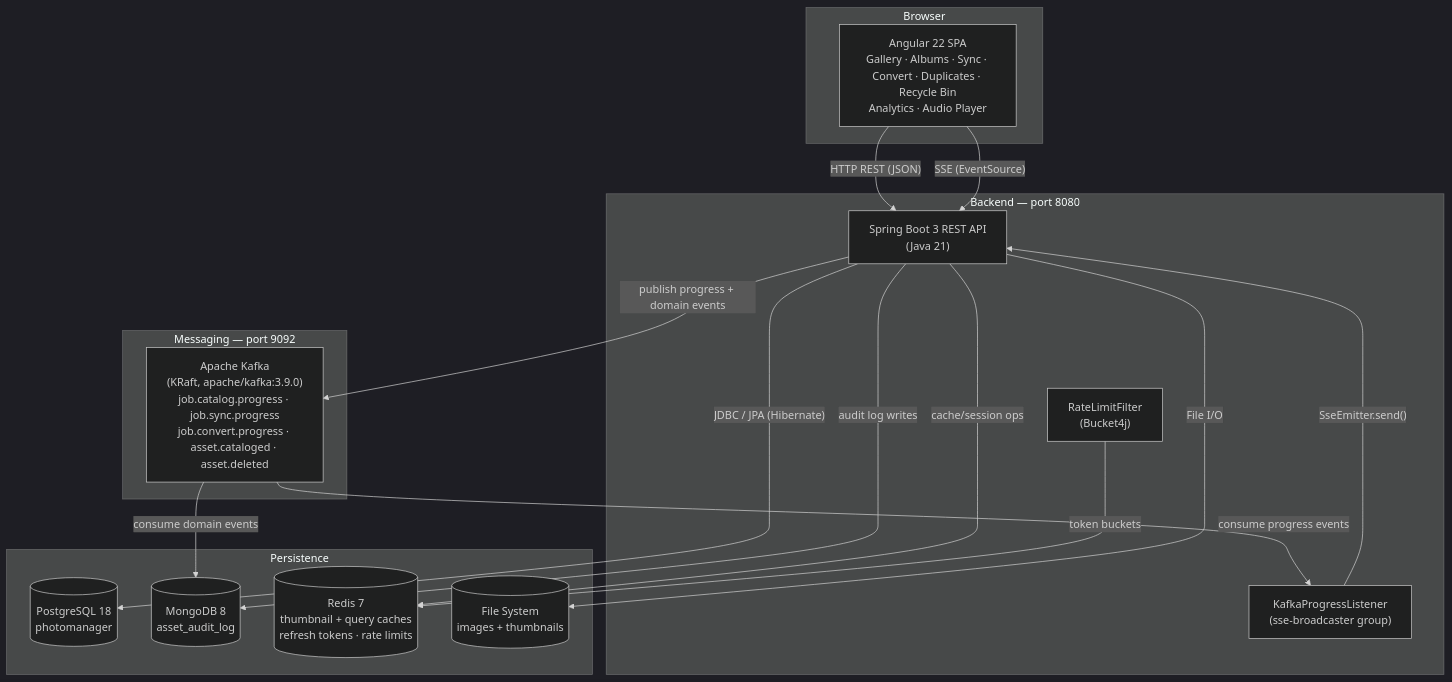
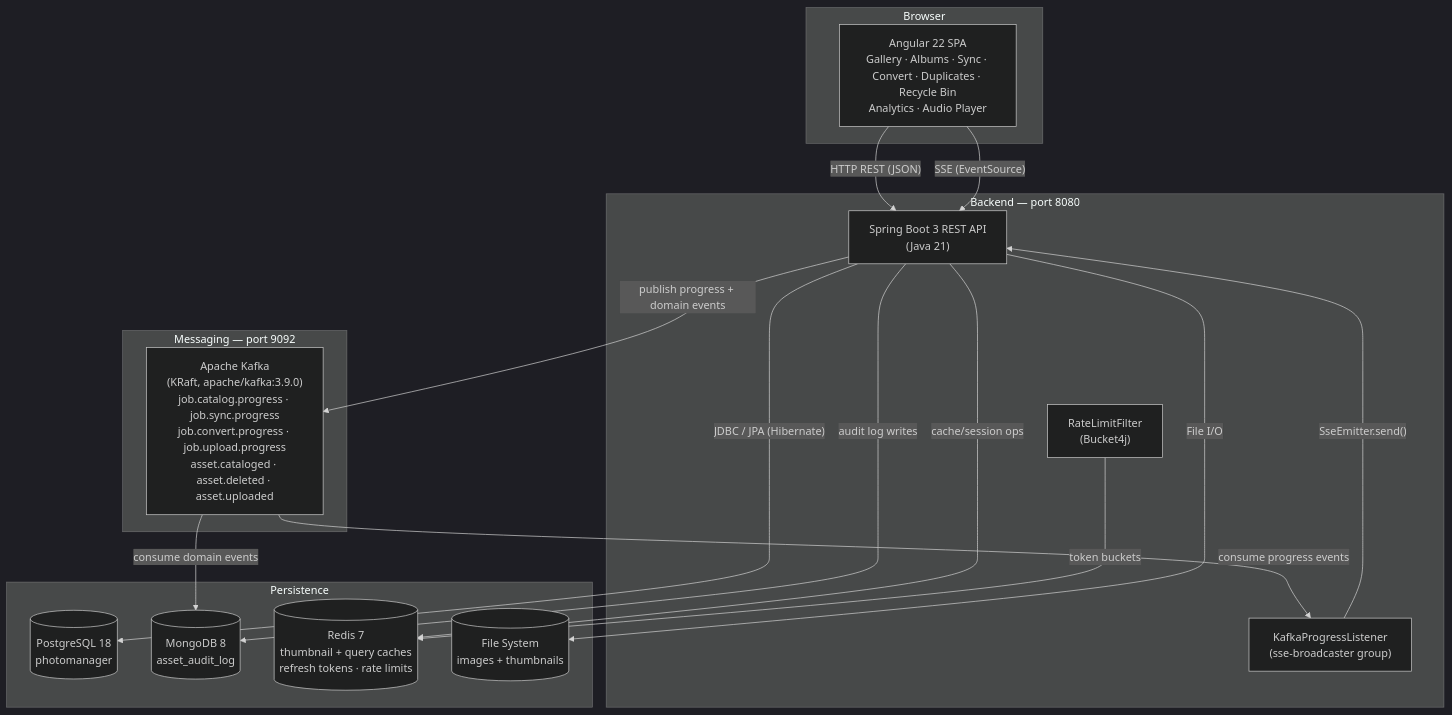
Before and after one commit to jpablodrexler/jp-photo-manager: the first of 4 diagrams in JPPhotoManagerWeb/docs/architecture.md, drawn with Mermaid (dark theme). The commit also changed other lines of this file and 2 other files, not shown here.

First line of the commit message:
architecture.md: refresh the diagrams against the code

````diff
--- a/JPPhotoManagerWeb/docs/architecture.md
+++ b/JPPhotoManagerWeb/docs/architecture.md
@@ -7,35 +7,35 @@
 ```mermaid
 graph TB
     subgraph browser["Browser"]
         Angular["Angular 22 SPA\nGallery · Albums · Sync · Convert · Duplicates · Recycle Bin\nAnalytics · Audio Player"]
     end
 
     subgraph backend["Backend — port 8080"]
         SpringBoot["Spring Boot 3 REST API\n(Java 21)"]
         KPL["KafkaProgressListener\n(sse-broadcaster group)"]
         RLF["RateLimitFilter\n(Bucket4j)"]
     end
 
     subgraph messaging["Messaging — port 9092"]
-        Kafka["Apache Kafka\n(KRaft, apache/kafka:3.9.0)\njob.catalog.progress · job.sync.progress\njob.convert.progress · asset.cataloged · asset.deleted"]
+        Kafka["Apache Kafka\n(KRaft, apache/kafka:3.9.0)\njob.catalog.progress · job.sync.progress\njob.convert.progress · job.upload.progress\nasset.cataloged · asset.deleted · asset.uploaded"]
     end
 
     subgraph persistence["Persistence"]
         PG[("PostgreSQL 18\nphotomanager")]
         Mongo[("MongoDB 8\nasset_audit_log")]
         Redis[("Redis 7\nthumbnail + query caches\nrefresh tokens · rate limits")]
         FS[("File System\nimages + thumbnails")]
     end
 
     Angular -->|"HTTP REST (JSON)"| SpringBoot
     Angular -->|"SSE (EventSource)"| SpringBoot
     SpringBoot -->|"JDBC / JPA (Hibernate)"| PG
     SpringBoot -->|"audit log writes"| Mongo
     SpringBoot -->|"cache/session ops"| Redis
     RLF -->|"token buckets"| Redis
     SpringBoot -->|"File I/O"| FS
     SpringBoot -->|"publish progress + domain events"| Kafka
     Kafka -->|"consume progress events"| KPL
     Kafka -->|"consume domain events"| Mongo
     KPL -->|"SseEmitter.send()"| SpringBoot
 ```
````
